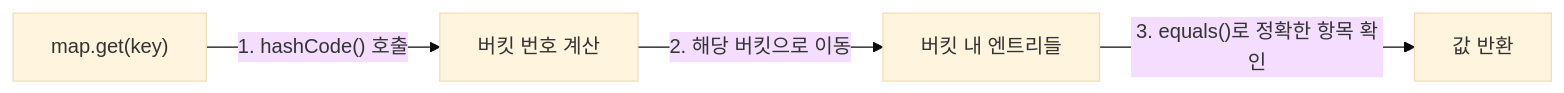
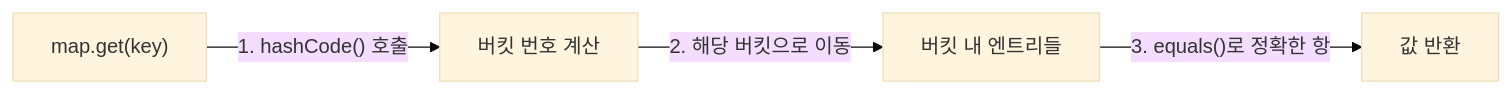
One commit to yjkim2015/yjkim2015.github.io changed the first of 4 diagrams in _posts/java/2021-12-27-effective-java11.md. Above: the diagram before and after it, drawn with Mermaid (base theme). The commit also changed other lines of this file and 271 other files, not shown here.

First line of the commit message:
Mermaid 라벨 축소: 긴 노드 텍스트 18자 이하로 트림 + \n 제거

````diff
--- a/_posts/java/2021-12-27-effective-java11.md
+++ b/_posts/java/2021-12-27-effective-java11.md
@@ -18,6 +18,6 @@
 ```mermaid
 graph LR
     A["map.get(key)"] -->|"1. hashCode() 호출"| B["버킷 번호 계산"]
     B -->|"2. 해당 버킷으로 이동"| C["버킷 내 엔트리들"]
-    C -->|"3. equals()로 정확한 항목 확인"| D["값 반환"]
+    C -->|"3. equals()로 정확한 항"| D["값 반환"]
 ```
````
